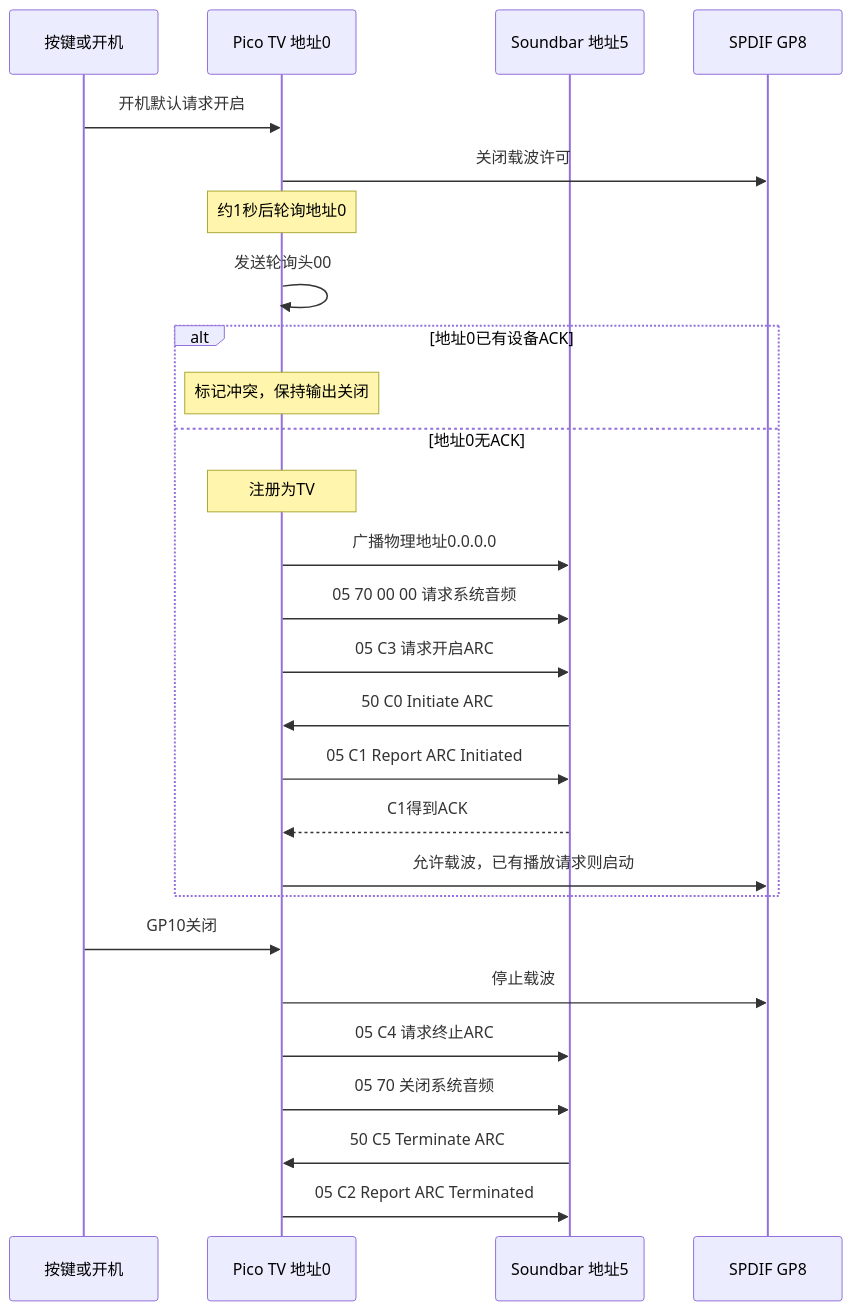
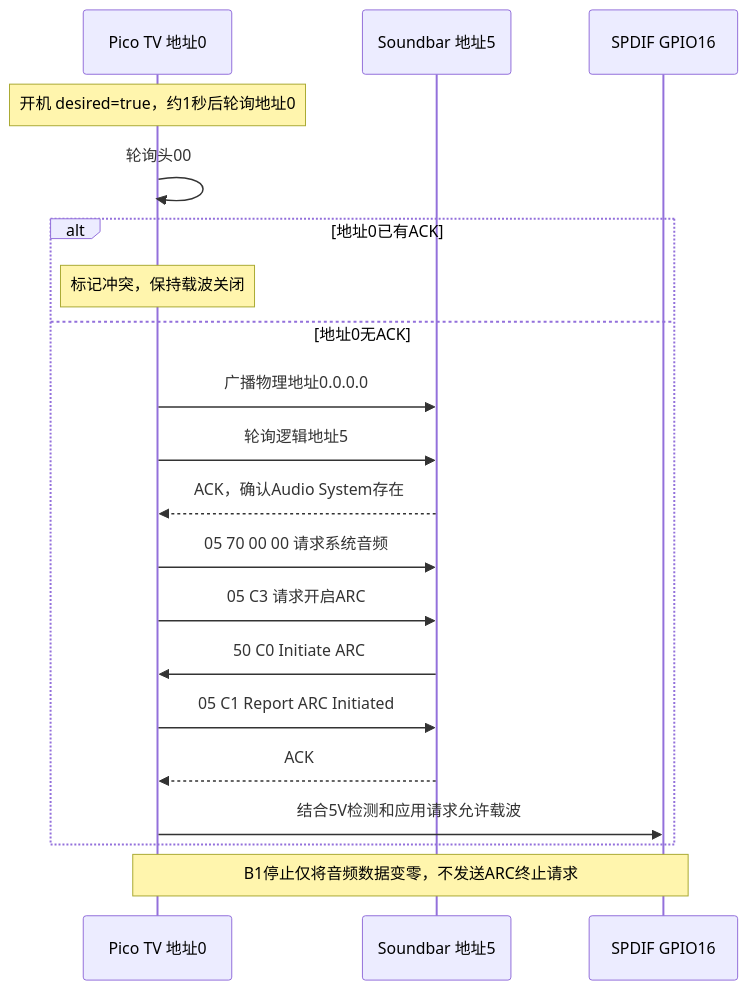
The fifth of 5 diagrams in PROGRAM_LOGIC.md (Leihognlun/pico-dac2), drawn with Mermaid before and after one commit. The commit also changed other lines of this file and 29 other files, not shown here.

````diff
--- a/PROGRAM_LOGIC.md
+++ b/PROGRAM_LOGIC.md
@@ -234,29 +211,22 @@
 ```mermaid
 sequenceDiagram
-    participant K as 按键或开机
     participant TV as Pico TV 地址0
     participant SB as Soundbar 地址5
-    participant OUT as SPDIF GP8
-    K->>TV: 开机默认请求开启
-    TV->>OUT: 关闭载波许可
-    Note over TV: 约1秒后轮询地址0
-    TV->>TV: 发送轮询头00
-    alt 地址0已有设备ACK
-        Note over TV: 标记冲突，保持输出关闭
+    participant OUT as SPDIF GPIO16
+    Note over TV: 开机 desired=true，约1秒后轮询地址0
+    TV->>TV: 轮询头00
+    alt 地址0已有ACK
+        Note over TV: 标记冲突，保持载波关闭
     else 地址0无ACK
-        Note over TV: 注册为TV
         TV->>SB: 广播物理地址0.0.0.0
+        TV->>SB: 轮询逻辑地址5
+        SB-->>TV: ACK，确认Audio System存在
         TV->>SB: 05 70 00 00 请求系统音频
         TV->>SB: 05 C3 请求开启ARC
         SB->>TV: 50 C0 Initiate ARC
         TV->>SB: 05 C1 Report ARC Initiated
-        SB-->>TV: C1得到ACK
-        TV->>OUT: 允许载波，已有播放请求则启动
+        SB-->>TV: ACK
+        TV->>OUT: 结合5V检测和应用请求允许载波
     end
-    K->>TV: GP10关闭
-    TV->>OUT: 停止载波
-    TV->>SB: 05 C4 请求终止ARC
-    TV->>SB: 05 70 关闭系统音频
-    SB->>TV: 50 C5 Terminate ARC
-    TV->>SB: 05 C2 Report ARC Terminated
+    Note over TV,OUT: B1停止仅将音频数据变零，不发送ARC终止请求
 ```
````
